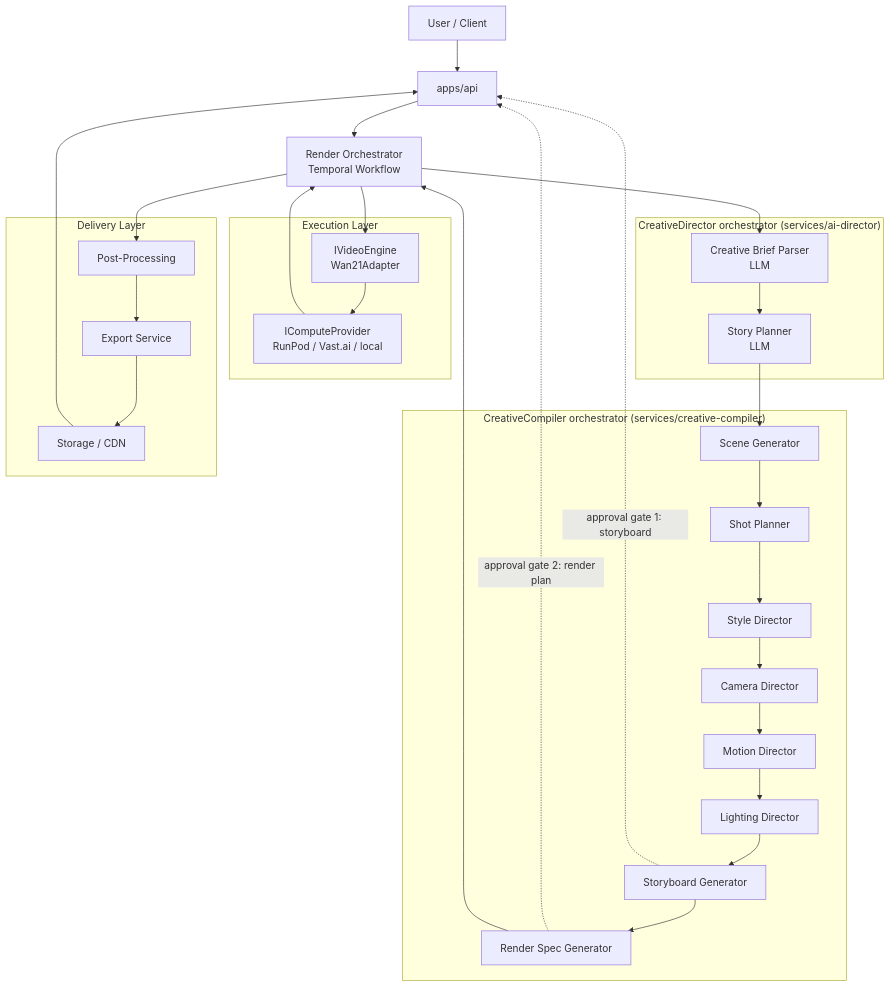
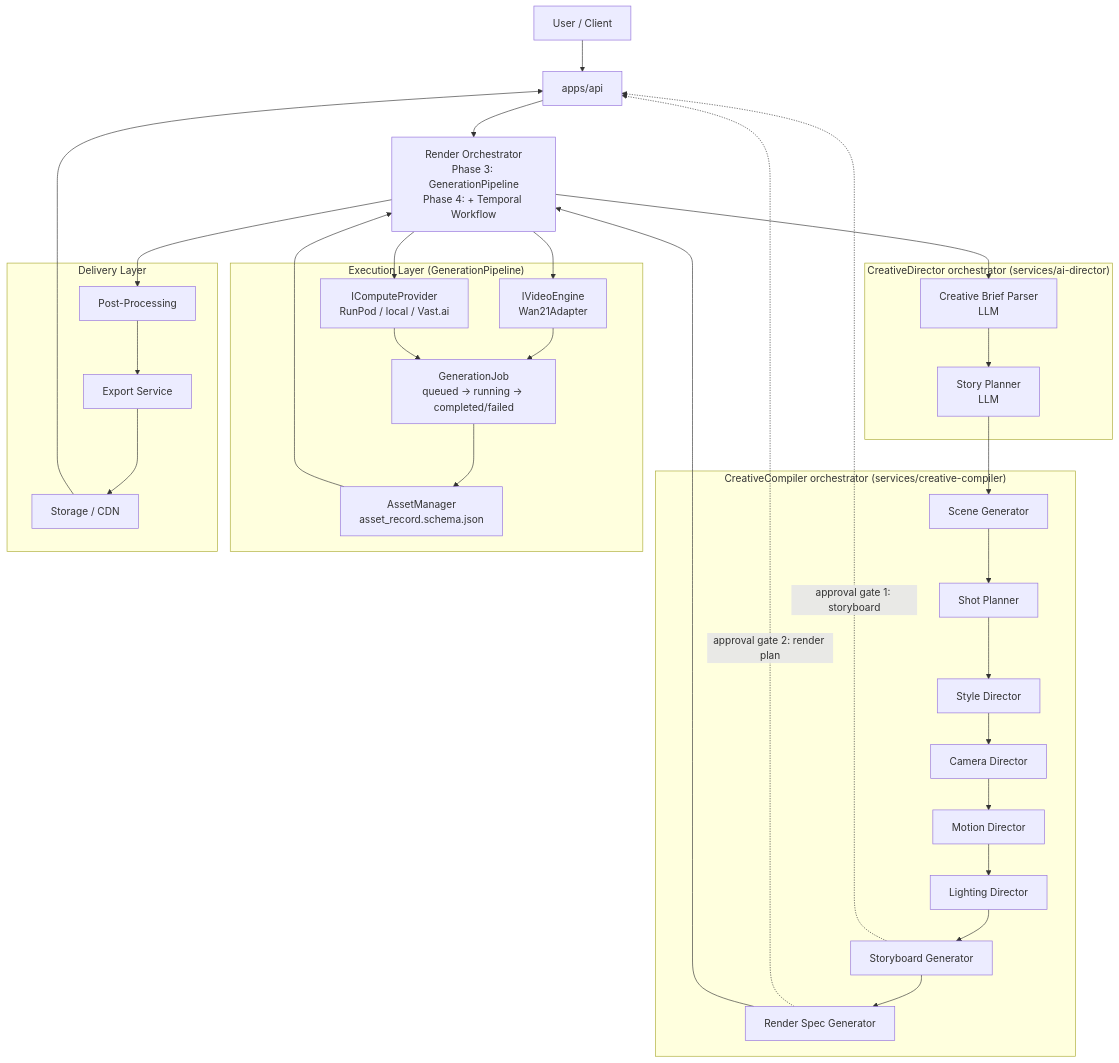
One commit to Y1X0/sallehly-ai-engine changed the first of 2 diagrams in docs/ARCHITECTURE.md. Above: the diagram before and after it, drawn with Mermaid. The commit also changed other lines of this file and 33 other files, not shown here.

````diff
--- a/docs/ARCHITECTURE.md
+++ b/docs/ARCHITECTURE.md
@@ -13,44 +13,50 @@
 ```mermaid
 flowchart TD
     U[User / Client] --> API[apps/api]
-    API --> ORCH[Render Orchestrator<br/>Temporal Workflow]
+    API --> ORCH[Render Orchestrator<br/>Phase 3: GenerationPipeline<br/>Phase 4: + Temporal Workflow]
 
     subgraph CD["CreativeDirector orchestrator (services/ai-director)"]
         BP[Creative Brief Parser<br/>LLM]
         STP[Story Planner<br/>LLM]
         BP --> STP
     end
 
     subgraph CC["CreativeCompiler orchestrator (services/creative-compiler)"]
         SB[Scene Generator]
         SP[Shot Planner]
         STY[Style Director]
         CAM[Camera Director]
         MOT[Motion Director]
         LIT[Lighting Director]
         SG[Storyboard Generator]
         RC[Render Spec Generator]
     end
 
-    subgraph L2[Execution Layer]
+    subgraph L2["Execution Layer (GenerationPipeline)"]
         ENGINE[IVideoEngine<br/>Wan21Adapter]
-        COMPUTE[IComputeProvider<br/>RunPod / Vast.ai / local]
+        COMPUTE[IComputeProvider<br/>RunPod / local / Vast.ai]
+        JOB[GenerationJob<br/>queued -> running -> completed/failed]
+        ASSET[AssetManager<br/>asset_record.schema.json]
+        ENGINE --> JOB
+        COMPUTE --> JOB
+        JOB --> ASSET
     end
 
     subgraph L3[Delivery Layer]
         PP[Post-Processing]
         EXP[Export Service]
         CDN[Storage / CDN]
     end
 
     ORCH --> BP
     STP --> SB --> SP
     SP --> STY --> CAM --> MOT --> LIT --> SG
     SG -.->|approval gate 1: storyboard| API
     SG --> RC
     RC -.->|approval gate 2: render plan| API
     RC --> ORCH
-    ORCH --> ENGINE --> COMPUTE
-    COMPUTE --> ORCH
+    ORCH --> ENGINE
+    ORCH --> COMPUTE
+    ASSET --> ORCH
     ORCH --> PP --> EXP --> CDN --> API
 ```
````
